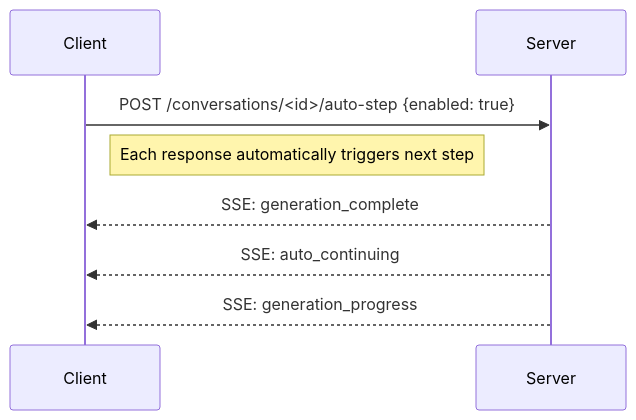
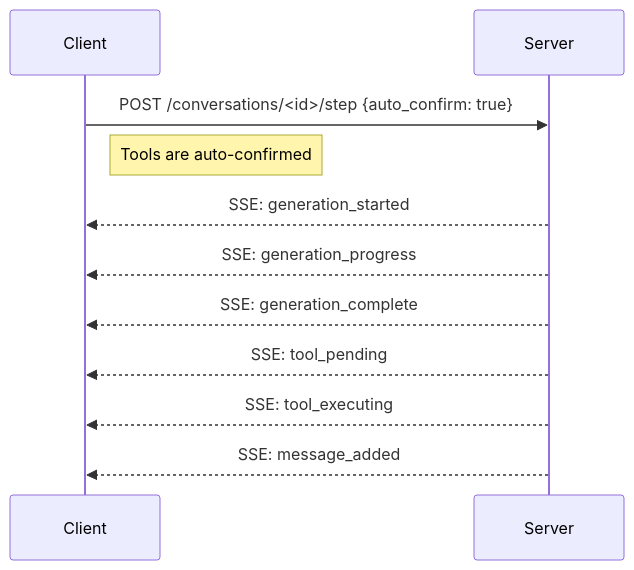
Before and after one commit to ErikBjare/gptme: the fourth of 4 diagrams in server-api-improvements.md, drawn with Mermaid. The commit also changed other lines of this file, not shown here.

Commit message:
fix: updated server-api-improvements.md doc

````diff
--- a/server-api-improvements.md
+++ b/server-api-improvements.md
@@ -223,8 +230,11 @@
      ```mermaid
      sequenceDiagram
-         Client->>Server: POST /conversations/<id>/auto-step {enabled: true}
-         Note right of Client: Each response automatically triggers next step
+         Client->>Server: POST /conversations/<id>/step {auto_confirm: true}
+         Note right of Client: Tools are auto-confirmed
+         Server-->>Client: SSE: generation_started
+         Server-->>Client: SSE: generation_progress
          Server-->>Client: SSE: generation_complete
-         Server-->>Client: SSE: auto_continuing
-         Server-->>Client: SSE: generation_progress
+         Server-->>Client: SSE: tool_pending
+         Server-->>Client: SSE: tool_executing
+         Server-->>Client: SSE: message_added
      ```
````
